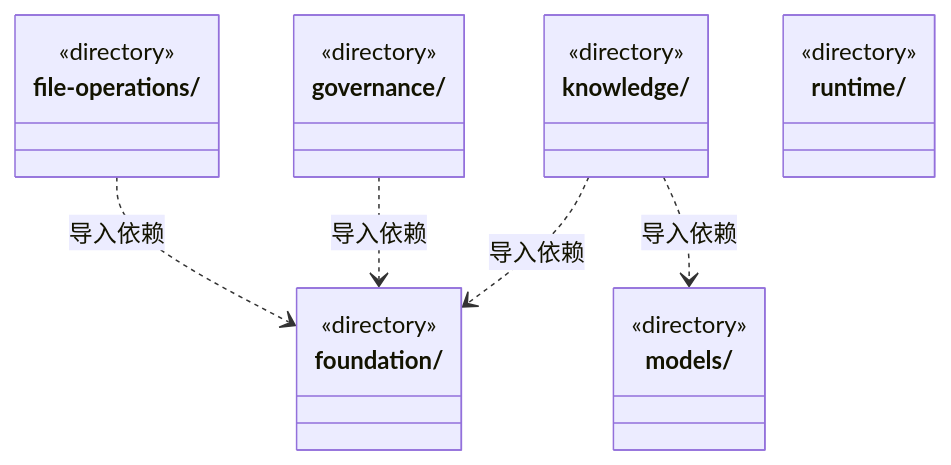
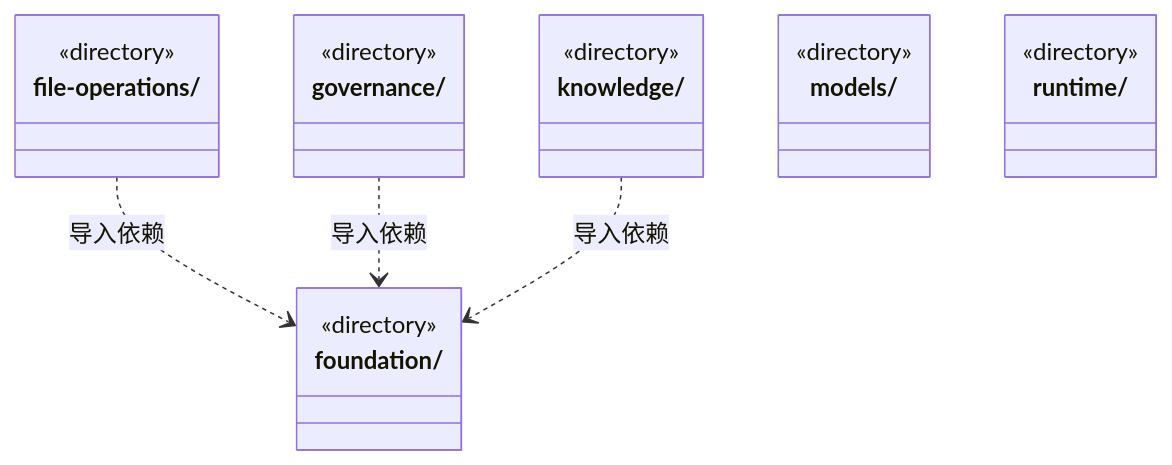
The second of 3 diagrams in src/backend/core/ARCHITECTURE.md (nan023062/cbim), drawn with Mermaid before and after one commit. The commit also changed other lines of this file and 161 other files, not shown here.

````diff
--- a/src/backend/core/ARCHITECTURE.md
+++ b/src/backend/core/ARCHITECTURE.md
@@ -41,25 +41,24 @@
 ```mermaid
 classDiagram
 class N_src_backend_core_file_operations["file-operations/"] {
   <<directory>>
 }
 class N_src_backend_core_foundation["foundation/"] {
   <<directory>>
 }
 class N_src_backend_core_governance["governance/"] {
   <<directory>>
 }
 class N_src_backend_core_knowledge["knowledge/"] {
   <<directory>>
 }
 class N_src_backend_core_models["models/"] {
   <<directory>>
 }
 class N_src_backend_core_runtime["runtime/"] {
   <<directory>>
 }
 N_src_backend_core_file_operations ..> N_src_backend_core_foundation : 导入依赖
 N_src_backend_core_governance ..> N_src_backend_core_foundation : 导入依赖
 N_src_backend_core_knowledge ..> N_src_backend_core_foundation : 导入依赖
-N_src_backend_core_knowledge ..> N_src_backend_core_models : 导入依赖
 ```
````
